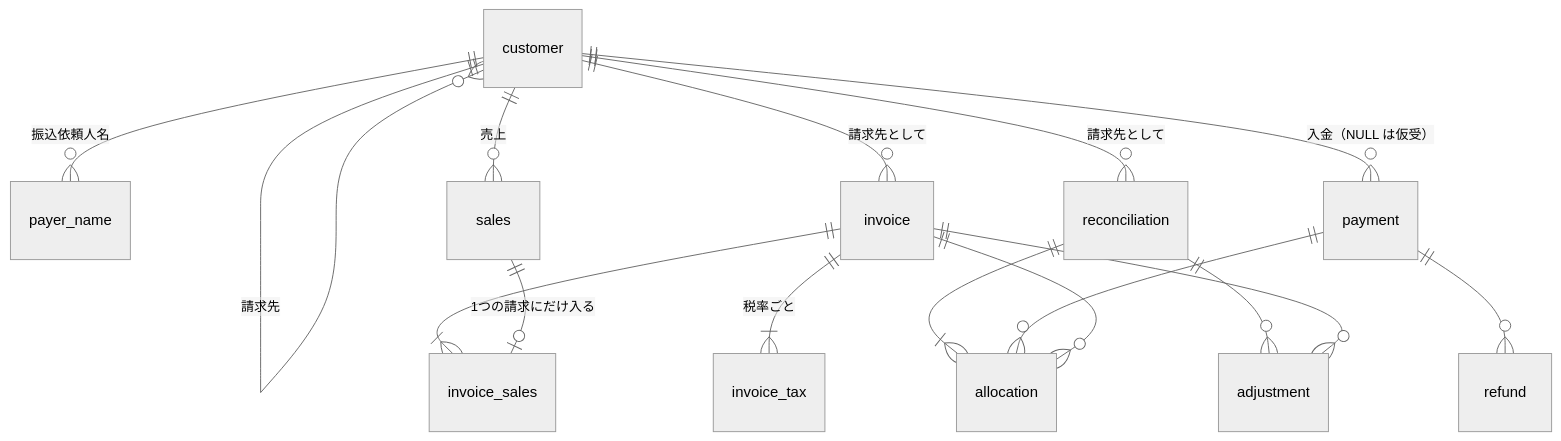
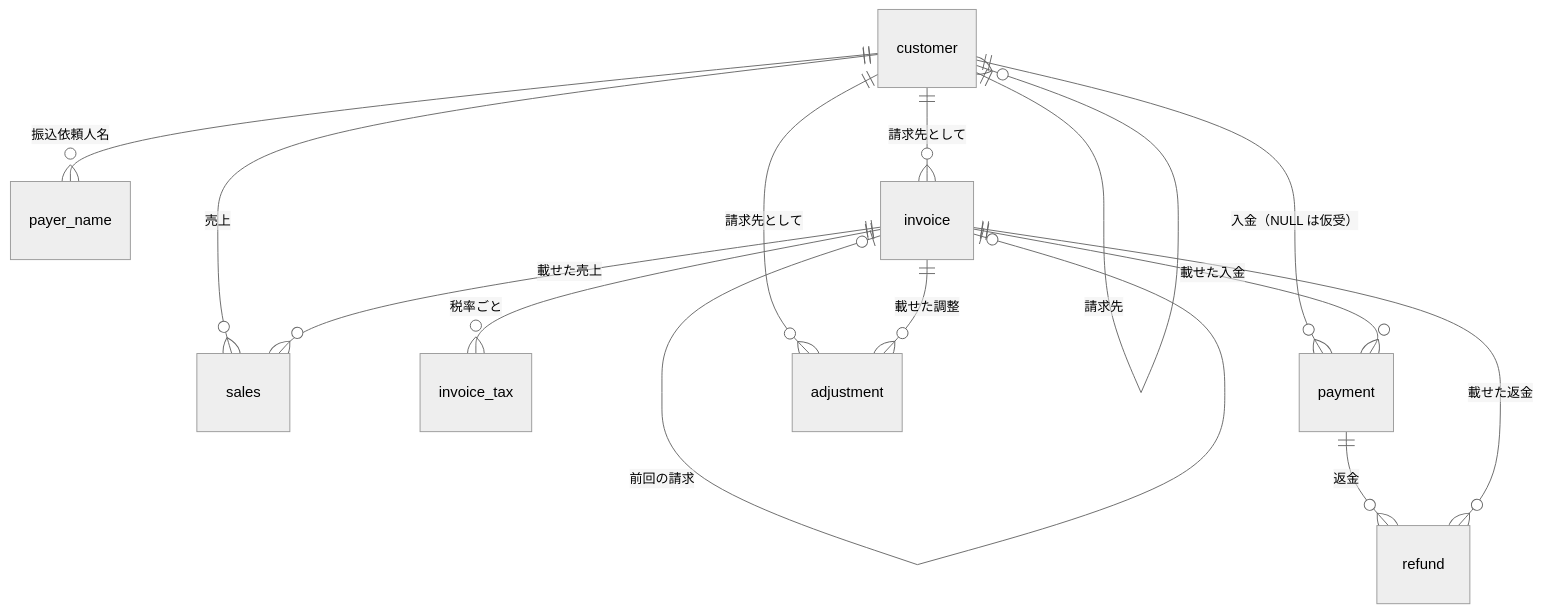
The second of 2 diagrams in docs/domain-model.md (Soiya-kun/web-app-framework), drawn with Mermaid (neutral theme) before and after one commit. The commit also changed other lines of this file and 127 other files, not shown here.

````diff
--- a/docs/domain-model.md
+++ b/docs/domain-model.md
@@ -20,18 +33,16 @@
 ```mermaid
 erDiagram
   customer ||--o{ customer : "請求先"
   customer ||--o{ payer_name : "振込依頼人名"
   customer ||--o{ sales : "売上"
   customer ||--o{ invoice : "請求先として"
-  invoice ||--|{ invoice_sales : ""
-  sales ||--o| invoice_sales : "1つの請求にだけ入る"
-  invoice ||--|{ invoice_tax : "税率ごと"
+  invoice |o--o| invoice : "前回の請求"
+  invoice ||--o{ invoice_tax : "税率ごと"
+  invoice ||--o{ sales : "載せた売上"
   customer ||--o{ payment : "入金（NULL は仮受）"
-  customer ||--o{ reconciliation : "請求先として"
-  reconciliation ||--|{ allocation : ""
-  reconciliation ||--o{ adjustment : ""
-  payment ||--o{ allocation : ""
-  invoice ||--o{ allocation : ""
-  invoice ||--o{ adjustment : ""
-  payment ||--o{ refund : ""
+  invoice ||--o{ payment : "載せた入金"
+  payment ||--o{ refund : "返金"
+  invoice ||--o{ refund : "載せた返金"
+  customer ||--o{ adjustment : "請求先として"
+  invoice ||--o{ adjustment : "載せた調整"
 ```
````
